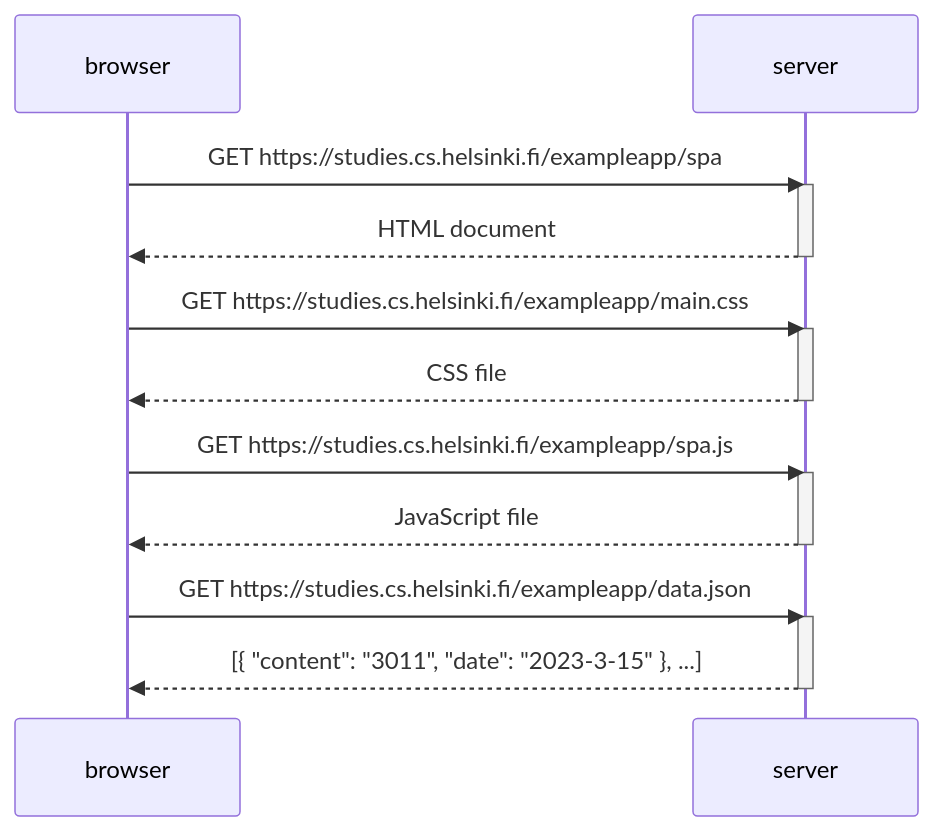
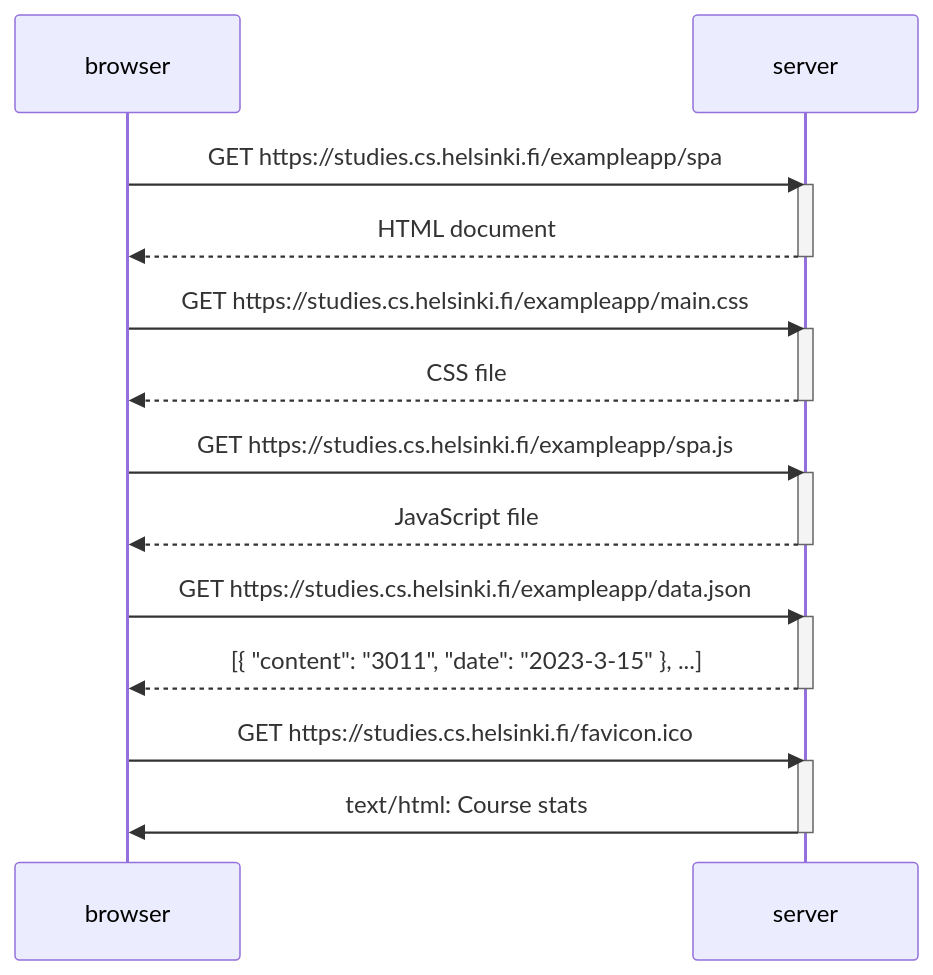
The diagram in Osa0/tht_05.md (BananaMayo/FullStack-HY), drawn with Mermaid before and after one commit.

Commit message:
favicon.ico lisätty

````diff
--- a/Osa0/tht_05.md
+++ b/Osa0/tht_05.md
@@ -1,26 +1,30 @@
 ```mermaid
 sequenceDiagram
     participant browser
     participant server
     
     browser->>server: GET https://studies.cs.helsinki.fi/exampleapp/spa
     activate server
     server-->>browser: HTML document
     deactivate server
     
     browser->>server: GET https://studies.cs.helsinki.fi/exampleapp/main.css
     activate server
     server-->>browser: CSS file
     deactivate server
     
     browser->>server: GET https://studies.cs.helsinki.fi/exampleapp/spa.js
     activate server
     server-->>browser: JavaScript file
     deactivate server
         
     browser->>server: GET https://studies.cs.helsinki.fi/exampleapp/data.json
     activate server
     server-->>browser: [{ "content": "3011", "date": "2023-3-15" }, ...]
     deactivate server
     
+    browser->>server: GET https://studies.cs.helsinki.fi/favicon.ico
+    activate server
+    server->>browser: text/html: Course stats
+    deactivate server    
 ```
````
